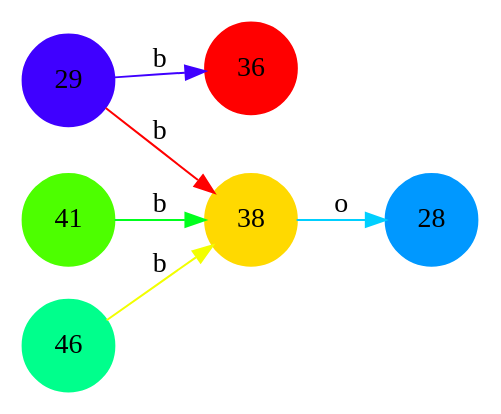
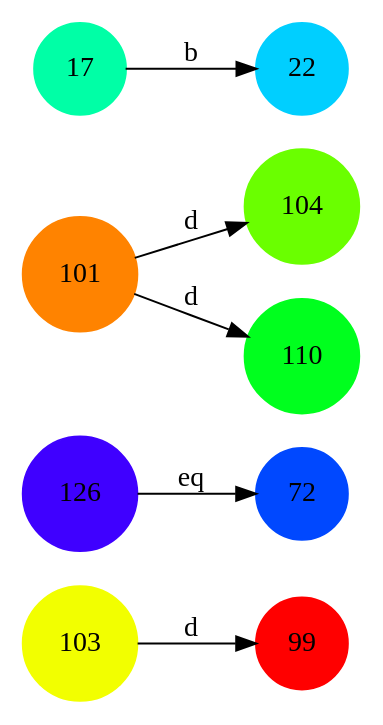
Before and after one commit to AssistiveRoboticsUNH/TCG-Classifier: the diagram in bm_mygraph.dot, drawn with Graphviz. The commit also changed 1 other file, not shown here.

```diff
--- a/bm_mygraph.dot
+++ b/bm_mygraph.dot
@@ -1,14 +1,17 @@
 digraph A {
 rankdir = LR;
-node [shape=circle,style=filled,color="0.567 1.0 1.0"] 28
-node [shape=circle,style=filled,color="0.708 1.0 1.0"] 29
-node [shape=circle,style=filled,color="0.0 1.0 1.0"] 36
-node [shape=circle,style=filled,color="0.142 1.0 1.0"] 38
-node [shape=circle,style=filled,color="0.283 1.0 1.0"] 41
-node [shape=circle,style=filled,color="0.425 1.0 1.0"] 46
-29 -> 38 [label="b" color="0.0 1.0 1.0" ]
-46 -> 38 [label="b" color="0.175 1.0 1.0" ]
-41 -> 38 [label="b" color="0.353 1.0 1.0" ]
-38 -> 28 [label="o" color="0.531 1.0 1.0" ]
-29 -> 36 [label="b" color="0.708 1.0 1.0" ]
+node [shape=circle,style=filled,color="0.0 1.0 1.0"] 99
+node [shape=circle,style=filled,color="0.619 1.0 1.0"] 72
+node [shape=circle,style=filled,color="0.708 1.0 1.0"] 126
+node [shape=circle,style=filled,color="0.175 1.0 1.0"] 103
+node [shape=circle,style=filled,color="0.086 1.0 1.0"] 101
+node [shape=circle,style=filled,color="0.264 1.0 1.0"] 104
+node [shape=circle,style=filled,color="0.531 1.0 1.0"] 22
+node [shape=circle,style=filled,color="0.353 1.0 1.0"] 110
+node [shape=circle,style=filled,color="0.442 1.0 1.0"] 17
+101 -> 104 [label="d" ]
+17 -> 22 [label="b" ]
+101 -> 110 [label="d" ]
+103 -> 99 [label="d" ]
+126 -> 72 [label="eq" ]
 }
```
